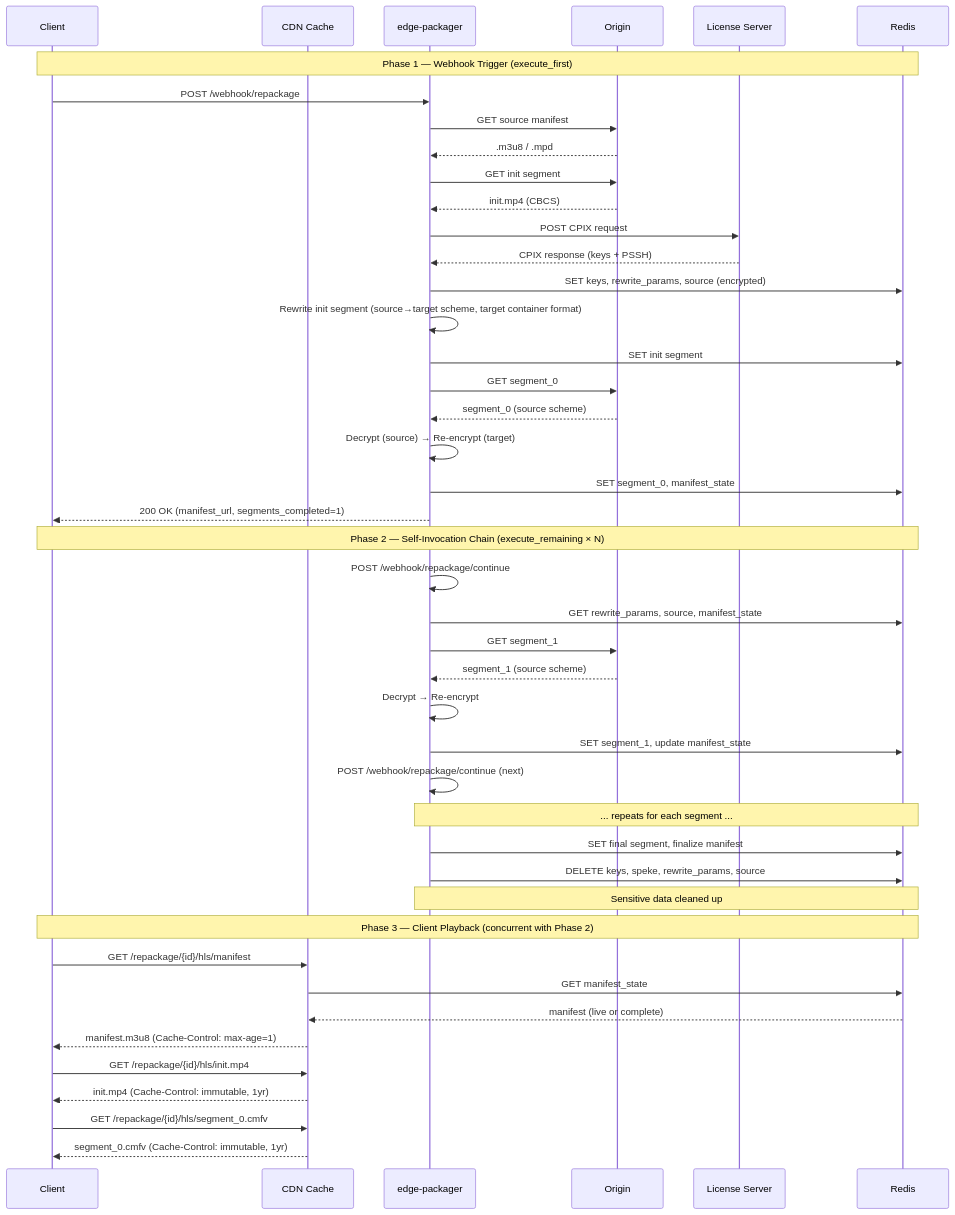
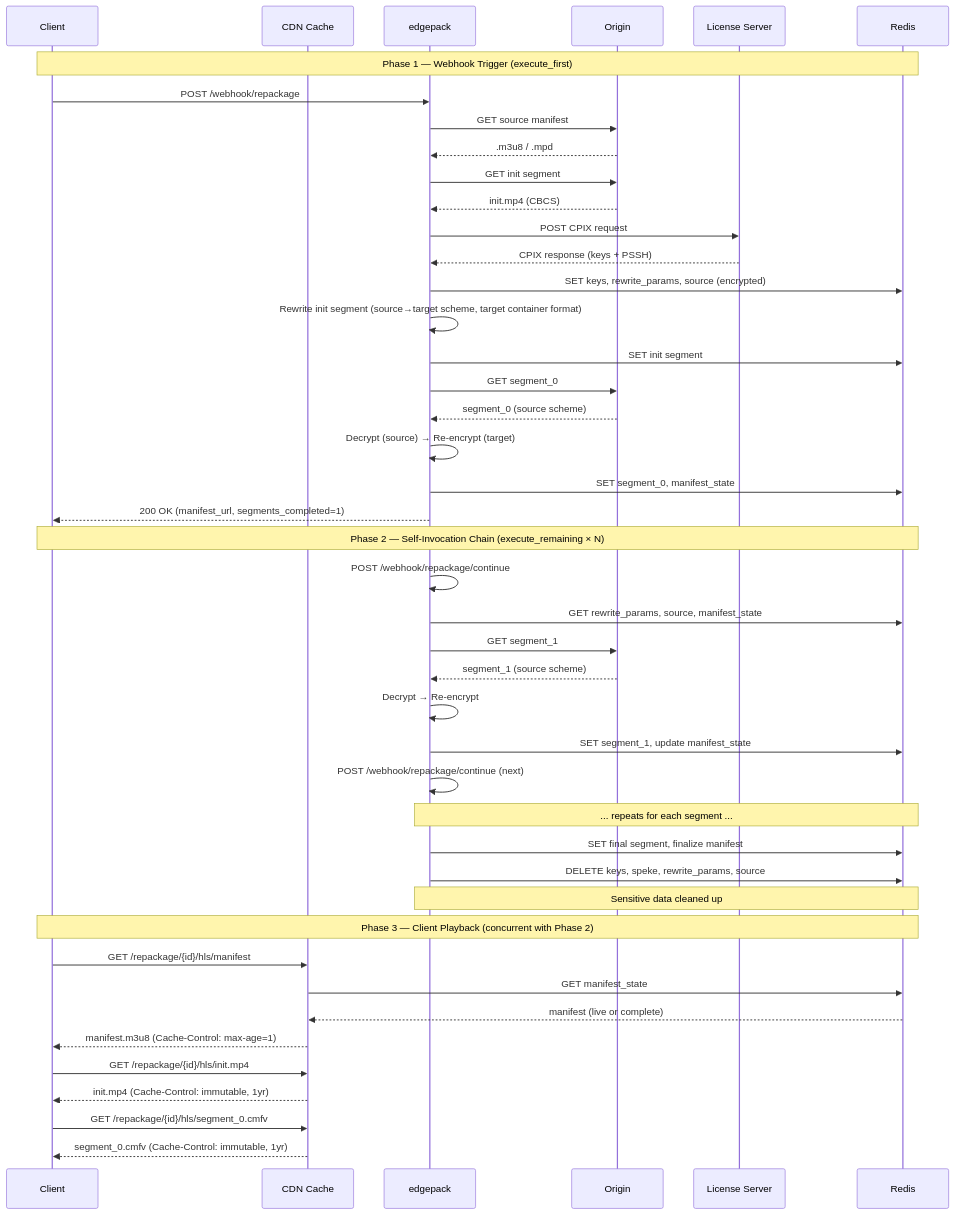
Before and after one commit to adrums86/edgepack: the fourth of 10 diagrams in docs/architecture.md, drawn with Mermaid. The commit also changed other lines of this file and 32 other files, not shown here.

````diff
--- a/docs/architecture.md
+++ b/docs/architecture.md
@@ -171,51 +171,51 @@
 ```mermaid
 sequenceDiagram
     participant Client
     participant CDN as CDN Cache
-    participant EP as edge-packager
+    participant EP as edgepack
     participant Origin
     participant SPEKE as License Server
     participant Redis
 
     Note over Client,Redis: Phase 1 — Webhook Trigger (execute_first)
     Client->>EP: POST /webhook/repackage
     EP->>Origin: GET source manifest
     Origin-->>EP: .m3u8 / .mpd
     EP->>Origin: GET init segment
     Origin-->>EP: init.mp4 (CBCS)
     EP->>SPEKE: POST CPIX request
     SPEKE-->>EP: CPIX response (keys + PSSH)
     EP->>Redis: SET keys, rewrite_params, source (encrypted)
     EP->>EP: Rewrite init segment (source→target scheme, target container format)
     EP->>Redis: SET init segment
     EP->>Origin: GET segment_0
     Origin-->>EP: segment_0 (source scheme)
     EP->>EP: Decrypt (source) → Re-encrypt (target)
     EP->>Redis: SET segment_0, manifest_state
     EP-->>Client: 200 OK (manifest_url, segments_completed=1)
 
     Note over Client,Redis: Phase 2 — Self-Invocation Chain (execute_remaining × N)
     EP->>EP: POST /webhook/repackage/continue
     EP->>Redis: GET rewrite_params, source, manifest_state
     EP->>Origin: GET segment_1
     Origin-->>EP: segment_1 (source scheme)
     EP->>EP: Decrypt → Re-encrypt
     EP->>Redis: SET segment_1, update manifest_state
     EP->>EP: POST /webhook/repackage/continue (next)
 
     Note over EP,Redis: ... repeats for each segment ...
 
     EP->>Redis: SET final segment, finalize manifest
     EP->>Redis: DELETE keys, speke, rewrite_params, source
     Note over EP,Redis: Sensitive data cleaned up
 
     Note over Client,Redis: Phase 3 — Client Playback (concurrent with Phase 2)
     Client->>CDN: GET /repackage/{id}/hls/manifest
     CDN->>Redis: GET manifest_state
     Redis-->>CDN: manifest (live or complete)
     CDN-->>Client: manifest.m3u8 (Cache-Control: max-age=1)
     Client->>CDN: GET /repackage/{id}/hls/init.mp4
     CDN-->>Client: init.mp4 (Cache-Control: immutable, 1yr)
     Client->>CDN: GET /repackage/{id}/hls/segment_0.cmfv
     CDN-->>Client: segment_0.cmfv (Cache-Control: immutable, 1yr)
 ```
````
